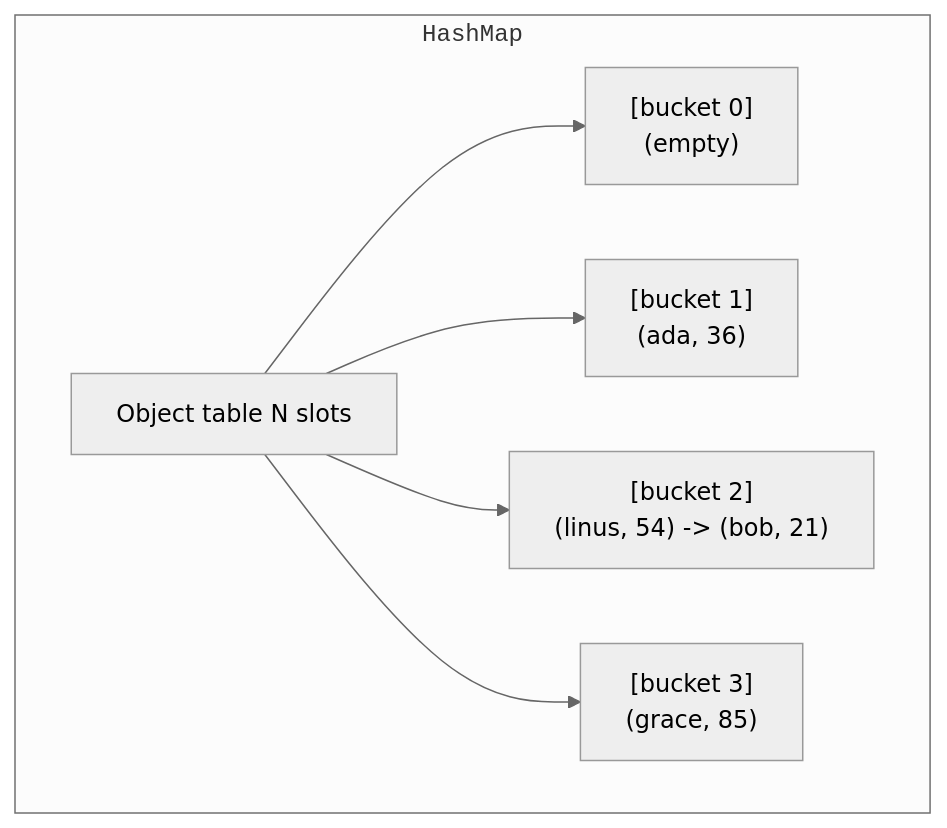
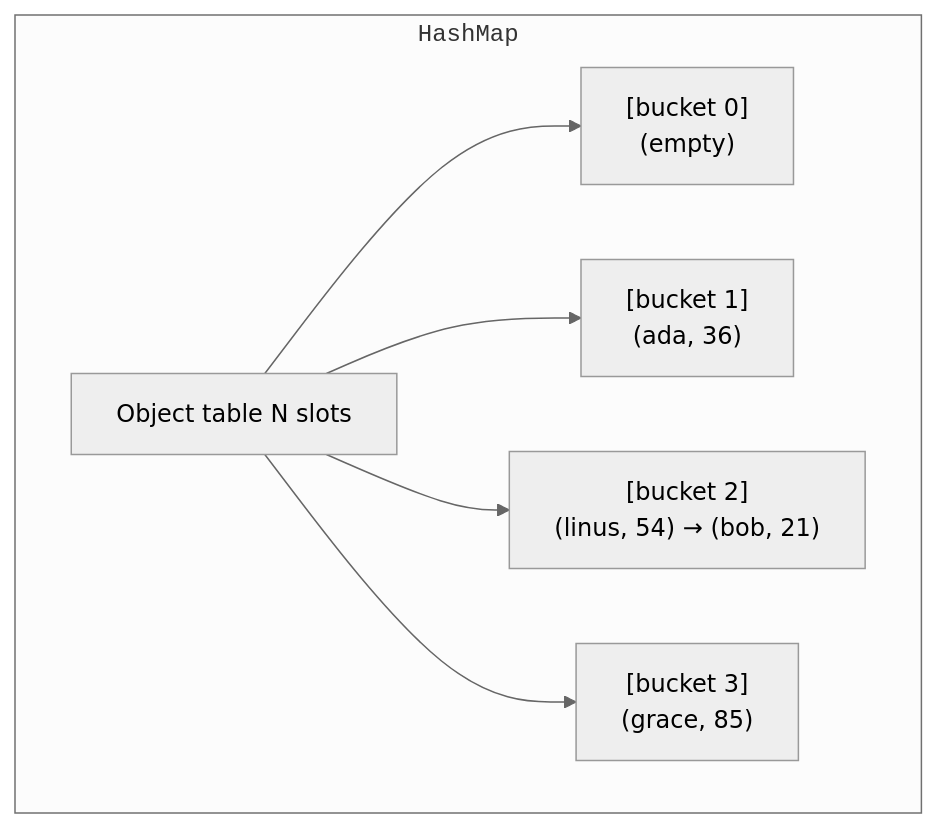
Before and after one commit to dataslope/dataslope: the second of 2 diagrams in content/courses/java-collections-and-generics-deep-dive/maps.mdx, drawn with Mermaid (neutral theme). The commit also changed 26 other files, not shown here.

````diff
--- a/content/courses/java-collections-and-generics-deep-dive/maps.mdx
+++ b/content/courses/java-collections-and-generics-deep-dive/maps.mdx
@@ -84,11 +84,11 @@
 ```mermaid
 flowchart LR
     subgraph HashMap["<code>HashMap</code>"]
       direction LR
       AR[Object table N slots]
       AR --> B0["[bucket 0]<br/>(empty)"]
       AR --> B1["[bucket 1]<br/>(ada, 36)"]
-      AR --> B2["[bucket 2]<br/>(linus, 54) -> (bob, 21)"]
+      AR --> B2["[bucket 2]<br/>(linus, 54) → (bob, 21)"]
       AR --> B3["[bucket 3]<br/>(grace, 85)"]
     end
 ```
````
